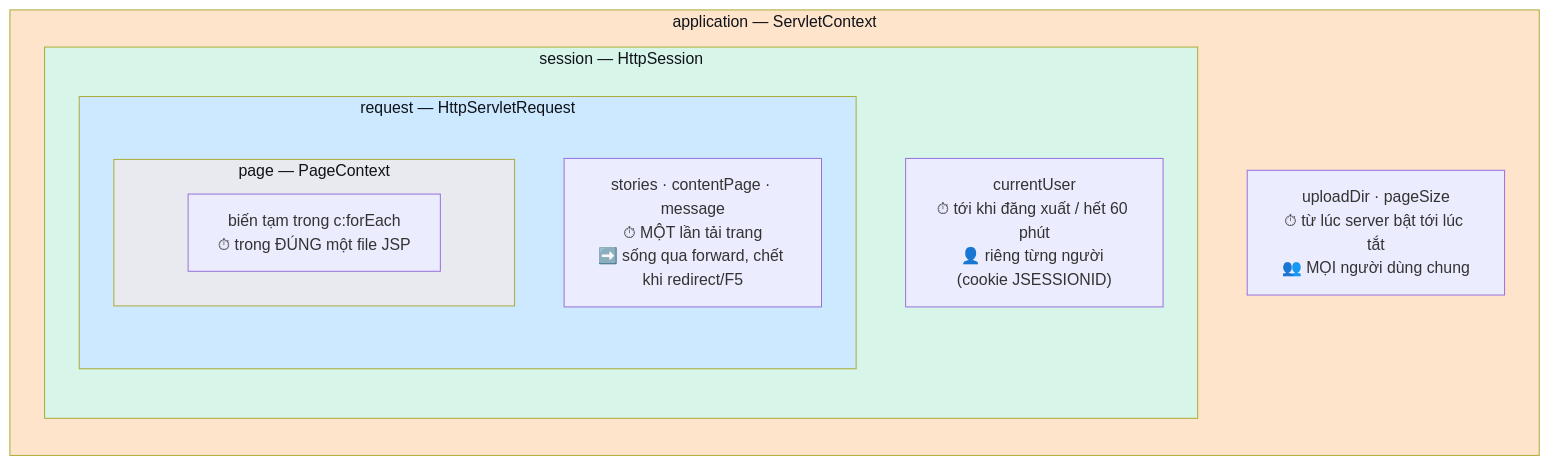
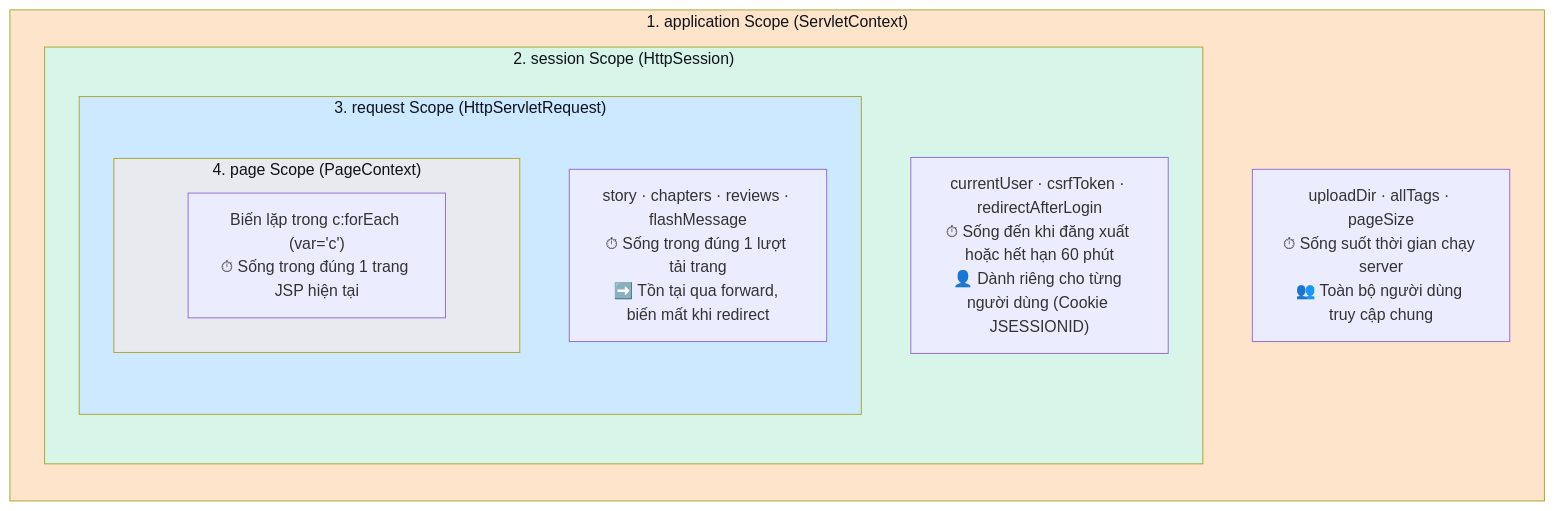
Diagram 11 of 12 in DoAn-WebDocTruyen/docs/architecture/so-do.md (HiTranquility/Web), drawn with Mermaid before and after one commit. The commit also changed other lines of this file and 1 other file, not shown here.

Commit message:
docs: chuan hoa cau truc codebase va so do tuan tu cho viec doi UI va mo rong code

````diff
--- a/DoAn-WebDocTruyen/docs/architecture/so-do.md
+++ b/DoAn-WebDocTruyen/docs/architecture/so-do.md
@@ -376,26 +543,26 @@
 ```mermaid
 flowchart TD
-    subgraph APP ["application — ServletContext"]
+    subgraph APP ["1. application Scope (ServletContext)"]
         direction TB
-        A1["uploadDir · pageSize<br/>⏱ từ lúc server bật tới lúc tắt<br/>👥 MỌI người dùng chung"]
+        A1["uploadDir · allTags · pageSize<br/>⏱ Sống suốt thời gian chạy server<br/>👥 Toàn bộ người dùng truy cập chung"]
 
-        subgraph SES ["session — HttpSession"]
+        subgraph SES ["2. session Scope (HttpSession)"]
             direction TB
-            S1["currentUser<br/>⏱ tới khi đăng xuất / hết 60 phút<br/>👤 riêng từng người (cookie JSESSIONID)"]
+            S1["currentUser · csrfToken · redirectAfterLogin<br/>⏱ Sống đến khi đăng xuất hoặc hết hạn 60 phút<br/>👤 Dành riêng cho từng người dùng (Cookie JSESSIONID)"]
 
-            subgraph REQ ["request — HttpServletRequest"]
+            subgraph REQ ["3. request Scope (HttpServletRequest)"]
                 direction TB
-                R1["stories · contentPage · message<br/>⏱ MỘT lần tải trang<br/>➡️ sống qua forward, chết khi redirect/F5"]
+                R1["story · chapters · reviews · flashMessage<br/>⏱ Sống trong đúng 1 lượt tải trang<br/>➡️ Tồn tại qua forward, biến mất khi redirect"]
 
-                subgraph PG ["page — PageContext"]
-                    P1["biến tạm trong c:forEach<br/>⏱ trong ĐÚNG một file JSP"]
+                subgraph PG ["4. page Scope (PageContext)"]
+                    P1["Biến lặp trong c:forEach (var='c')<br/>⏱ Sống trong đúng 1 trang JSP hiện tại"]
                 end
             end
         end
     end
 
     style PG fill:#e8eaf0,color:#101219
     style REQ fill:#cde9ff,color:#101219
     style SES fill:#d7f5e9,color:#101219
     style APP fill:#ffe4cc,color:#101219
 ```
````
